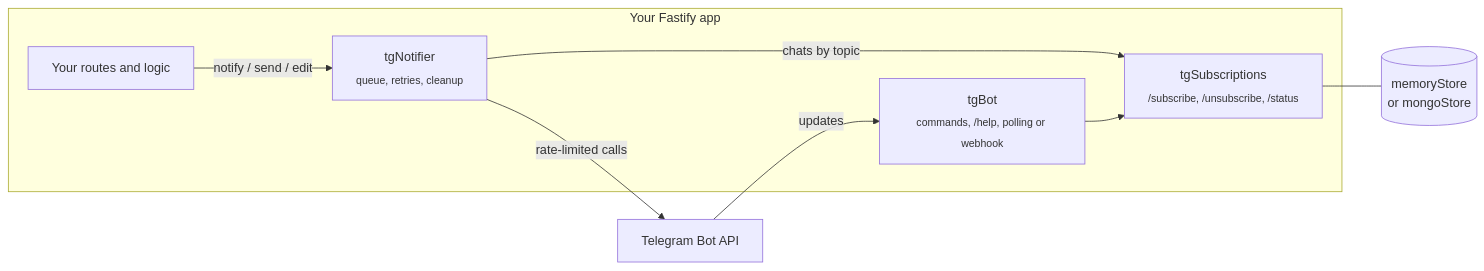
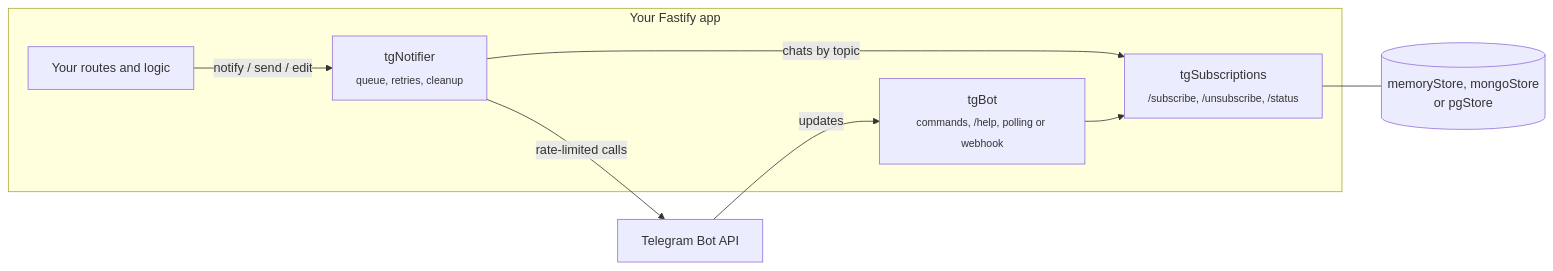
One commit to DiRaiks/dirai-kit changed the diagram in README.md. Above: the diagram before and after it, drawn with Mermaid. The commit also changed other lines of this file and 5 other files, not shown here.

````diff
--- a/README.md
+++ b/README.md
@@ -85,18 +85,18 @@
 ```mermaid
 flowchart LR
   subgraph app["Your Fastify app"]
     code["Your routes and logic"]
     bot["tgBot<br/><sub>commands, /help, polling or webhook</sub>"]
     subs["tgSubscriptions<br/><sub>/subscribe, /unsubscribe, /status</sub>"]
     notifier["tgNotifier<br/><sub>queue, retries, cleanup</sub>"]
   end
-  store[("memoryStore<br/>or mongoStore")]
+  store[("memoryStore, mongoStore<br/>or pgStore")]
   tg["Telegram Bot API"]
 
   code -- "notify / send / edit" --> notifier
   notifier -- "chats by topic" --> subs
   subs --- store
   notifier -- "rate-limited calls" --> tg
   tg -- "updates" --> bot
   bot --> subs
 ```
````
